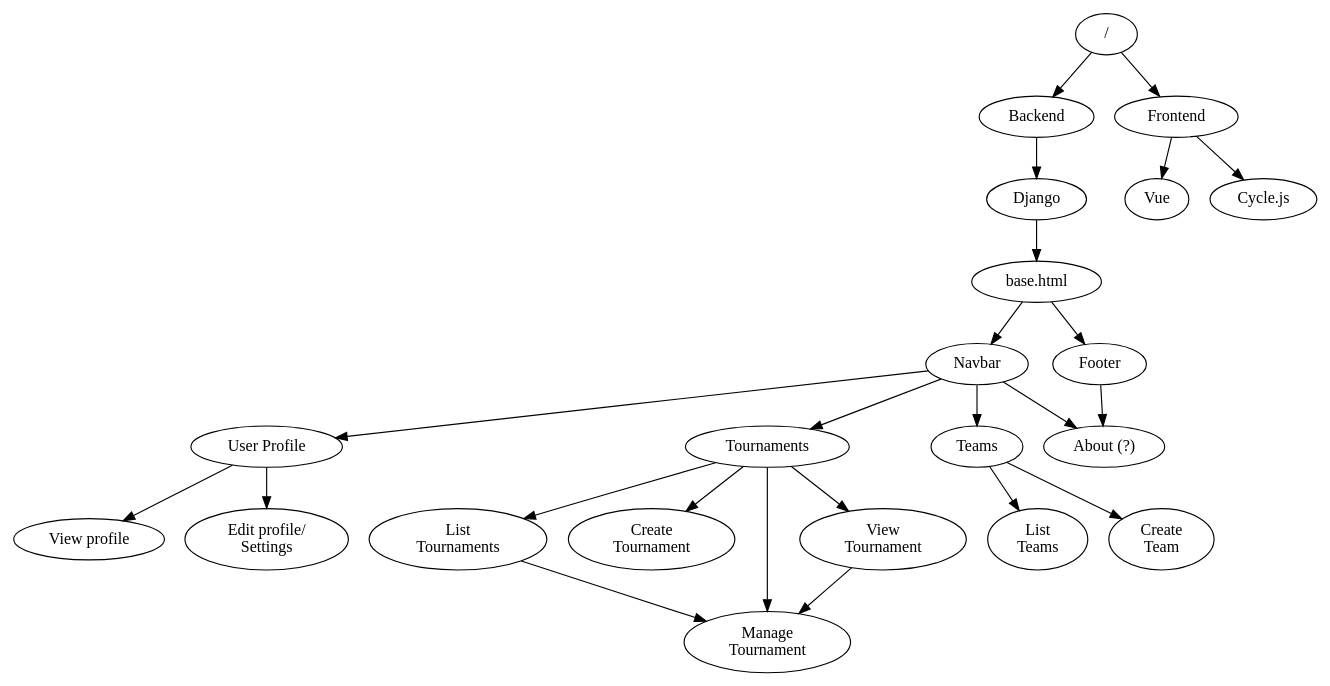
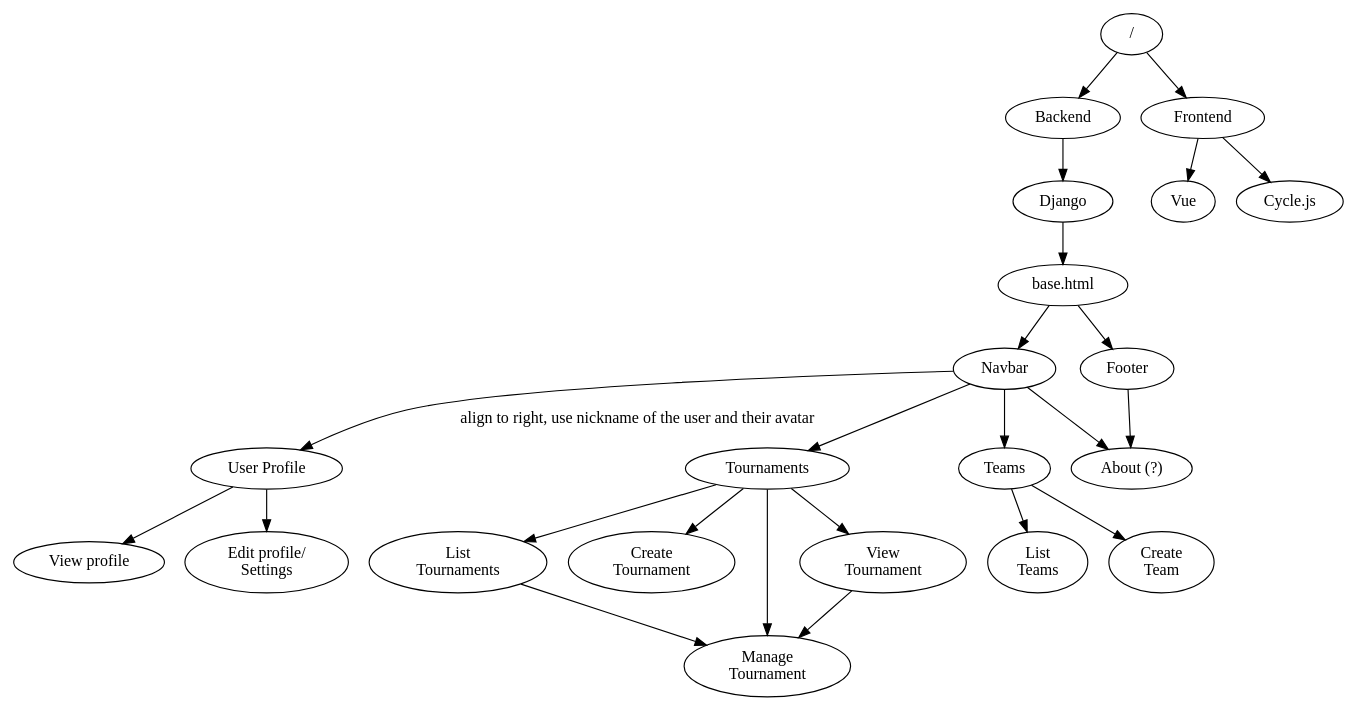
Before and after one commit to whiskeyo/csgo-tournament: the diagram in components.dot, drawn with Graphviz. The commit also changed 9 other files, not shown here.

```diff
--- a/components.dot
+++ b/components.dot
@@ -1,34 +1,34 @@
 digraph G {
     "/" -> "Backend"
     "/" -> "Frontend"
 
     "Backend" -> "Django"
     "Frontend" -> "Vue"
     "Frontend" -> "Cycle.js"
 
     "Django" -> "base.html"
 
     "base.html" -> "Navbar"
     "base.html" -> "Footer"
 
-    "Navbar" -> "User Profile"
+    "Navbar" -> "User Profile" [label="align to right, use nickname of the user and their avatar"]
     "Navbar" -> "Tournaments"
     "Navbar" -> "Teams"
     "Navbar" -> "About (?)"
 
     "Footer" -> "About (?)"
 
     "User Profile" -> "View profile"
     "User Profile" -> "Edit profile/\nSettings"
 
     "Tournaments" -> "List\nTournaments"
     "Tournaments" -> "Create\nTournament"
     "Tournaments" -> "Manage\nTournament"
     "Tournaments" -> "View\nTournament"
 
     "View\nTournament" -> "Manage\nTournament" 
     "List\nTournaments" -> "Manage\nTournament"
 
     "Teams" -> "List\nTeams"
     "Teams" -> "Create\nTeam"
 }
```
